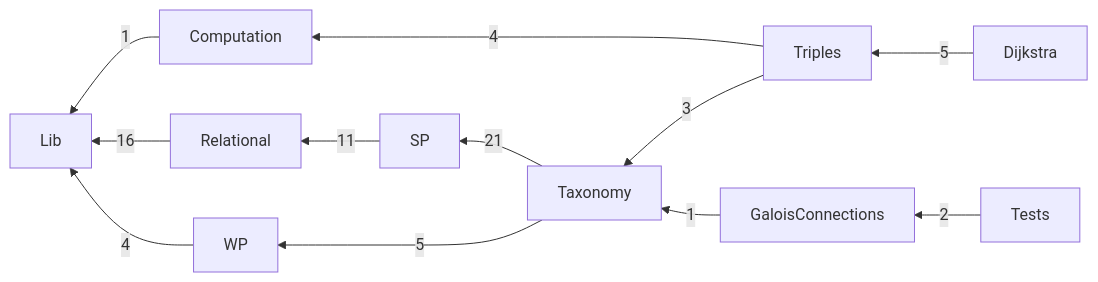
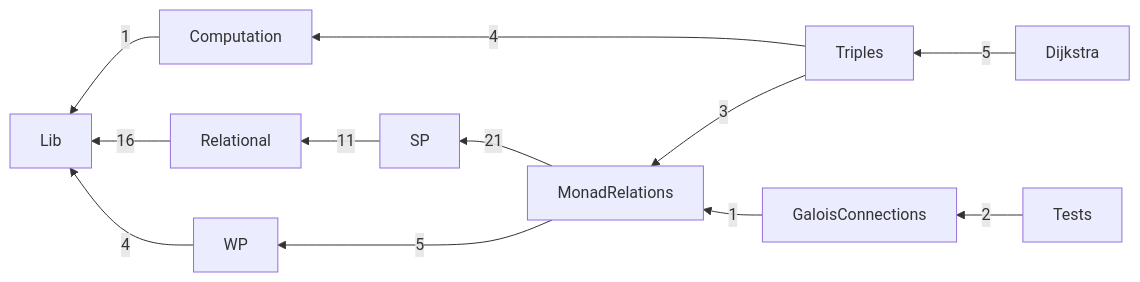
One commit to lastland/SpecMonad changed the diagram in Code/README.md. Above: the diagram before and after it, drawn with Mermaid. The commit also changed other lines of this file and 28 other files, not shown here.

````diff
--- a/Code/README.md
+++ b/Code/README.md
@@ -39,14 +39,14 @@
 ```mermaid
 flowchart RL
   Computation[Computation] -->|1| Lib[Lib]
   Dijkstra[Dijkstra] -->|5| Triples[Triples]
-  GaloisConnections[GaloisConnections] -->|1| Taxonomy[Taxonomy]
+  GaloisConnections[GaloisConnections] -->|1| MonadRelations[MonadRelations]
+  MonadRelations[MonadRelations] -->|21| SP[SP]
+  MonadRelations[MonadRelations] -->|5| WP[WP]
   Relational[Relational] -->|16| Lib[Lib]
   SP[SP] -->|11| Relational[Relational]
-  Taxonomy[Taxonomy] -->|21| SP[SP]
-  Taxonomy[Taxonomy] -->|5| WP[WP]
   Tests[Tests] -->|2| GaloisConnections[GaloisConnections]
   Triples[Triples] -->|4| Computation[Computation]
-  Triples[Triples] -->|3| Taxonomy[Taxonomy]
+  Triples[Triples] -->|3| MonadRelations[MonadRelations]
   WP[WP] -->|4| Lib[Lib]
 ```
````
